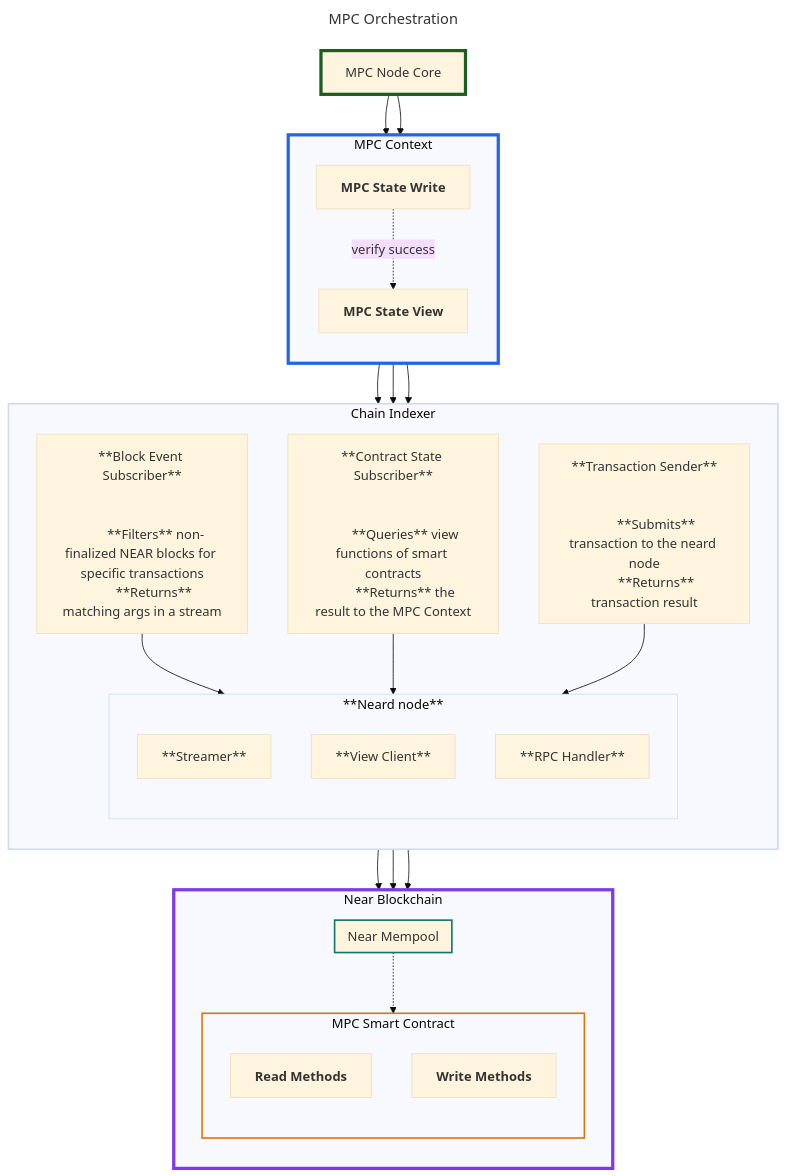
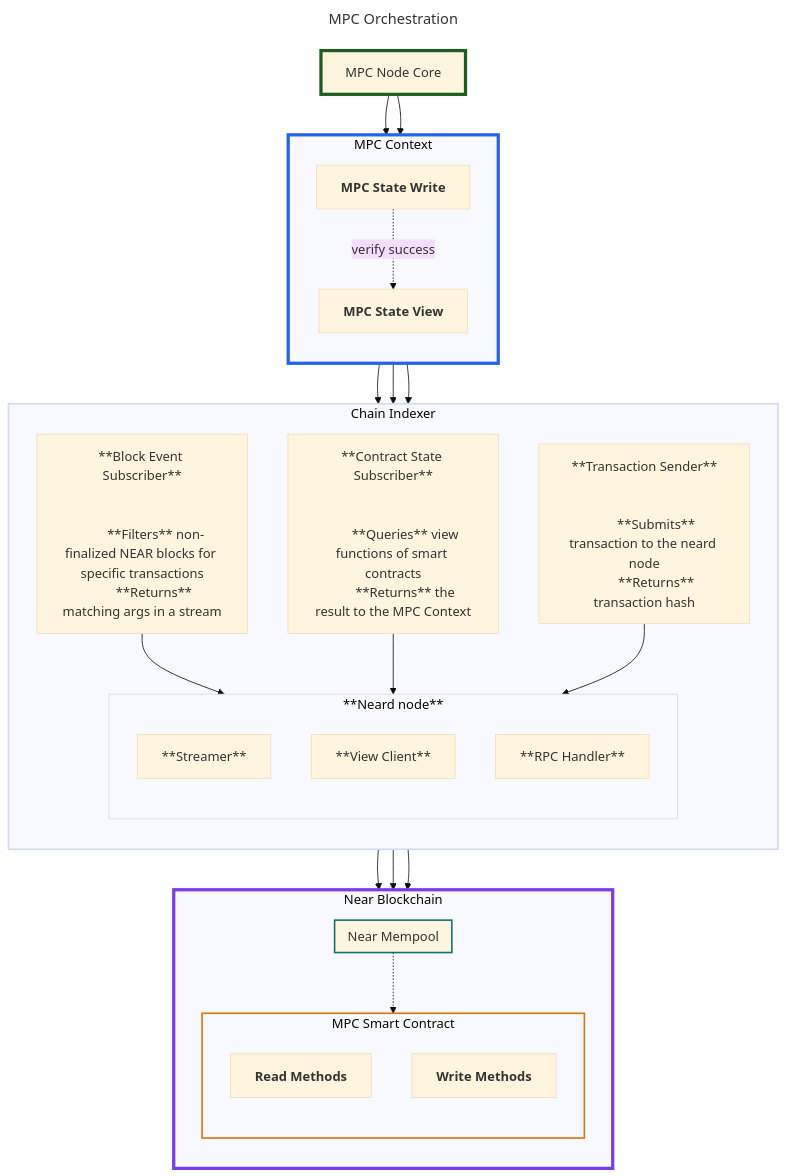
The second of 3 diagrams in docs/indexer-design.md (near/mpc), drawn with Mermaid (base theme) before and after one commit. The commit also changed other lines of this file, not shown here.

```diff
--- a/docs/indexer-design.md
+++ b/docs/indexer-design.md
@@ -267,7 +267,7 @@
 
     TX_SENDER[**Transaction Sender**<br/><br/>
         **Submits** transaction to the neard node
-        **Returns** transaction result
+        **Returns** transaction hash
     ]
 
     subgraph NEARD[**Neard node**]
```
